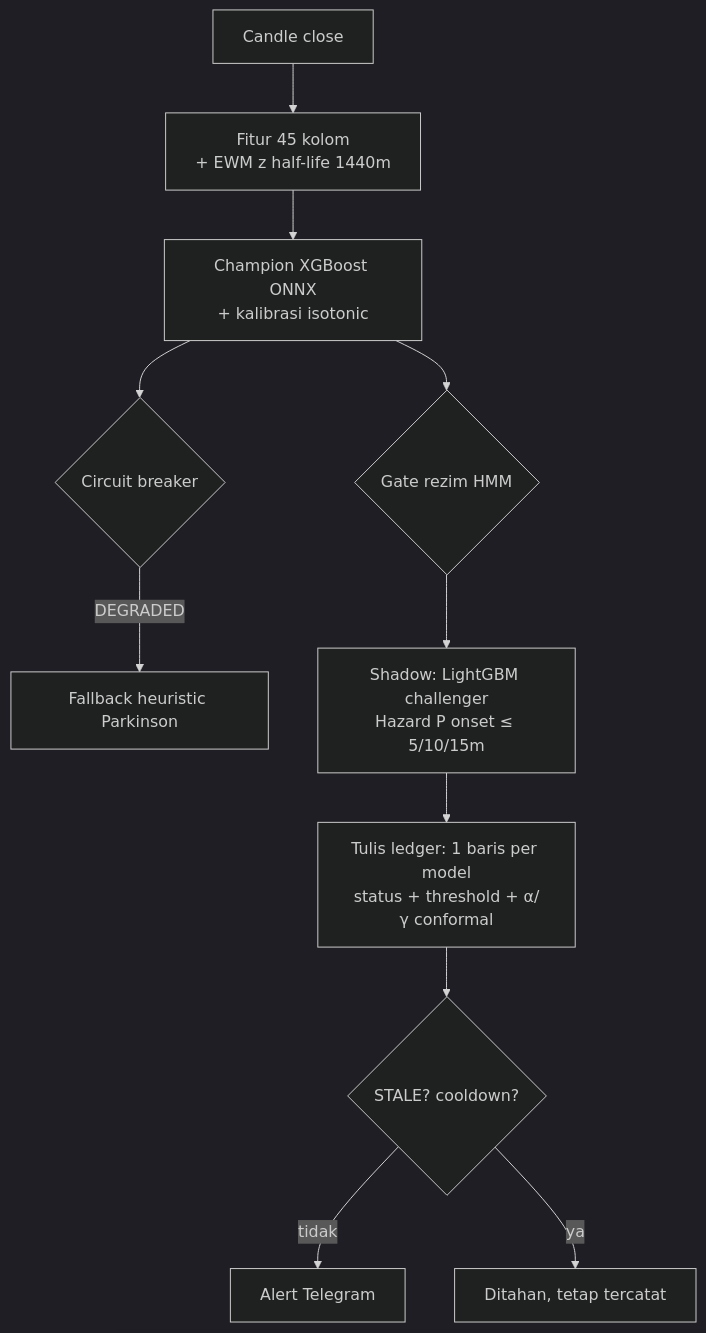
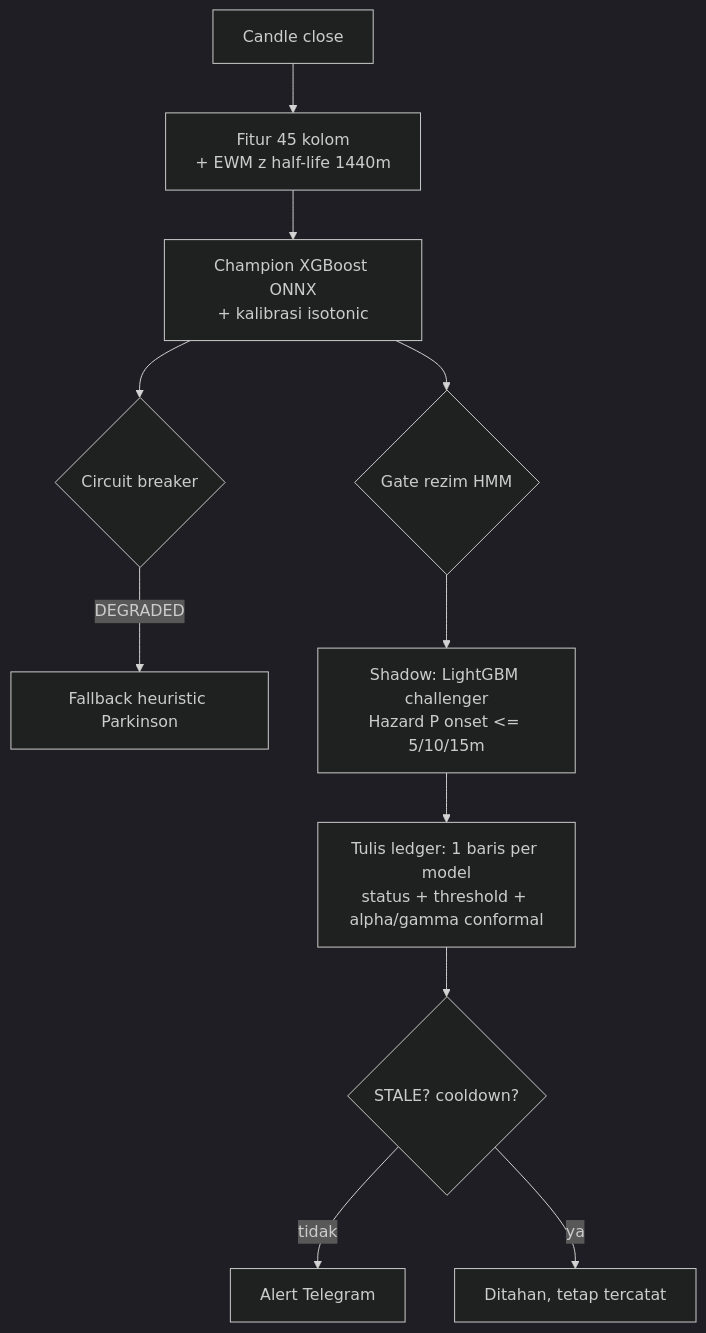
The second of 2 diagrams in README.md (arystyh/crypto-volatility-predictor), drawn with Mermaid (dark theme) before and after one commit. The commit also changed other lines of this file, not shown here.

````diff
--- a/README.md
+++ b/README.md
@@ -50,13 +37,13 @@
 ```mermaid
 flowchart TD
   A[Candle close] --> B[Fitur 45 kolom<br/>+ EWM z half-life 1440m]
   B --> C[Champion XGBoost ONNX<br/>+ kalibrasi isotonic]
   C --> D{Circuit breaker}
   D -- DEGRADED --> D2[Fallback heuristic Parkinson]
   C --> G{Gate rezim HMM}
-  G --> H[Shadow: LightGBM challenger<br/>Hazard P onset ≤ 5/10/15m]
-  H --> I[Tulis ledger: 1 baris per model<br/>status + threshold + α/γ conformal]
+  G --> H[Shadow: LightGBM challenger<br/>Hazard P onset <= 5/10/15m]
+  H --> I[Tulis ledger: 1 baris per model<br/>status + threshold + alpha/gamma conformal]
   I --> J{STALE? cooldown?}
   J -- tidak --> K[Alert Telegram]
   J -- ya --> K2[Ditahan, tetap tercatat]
 ```
````
